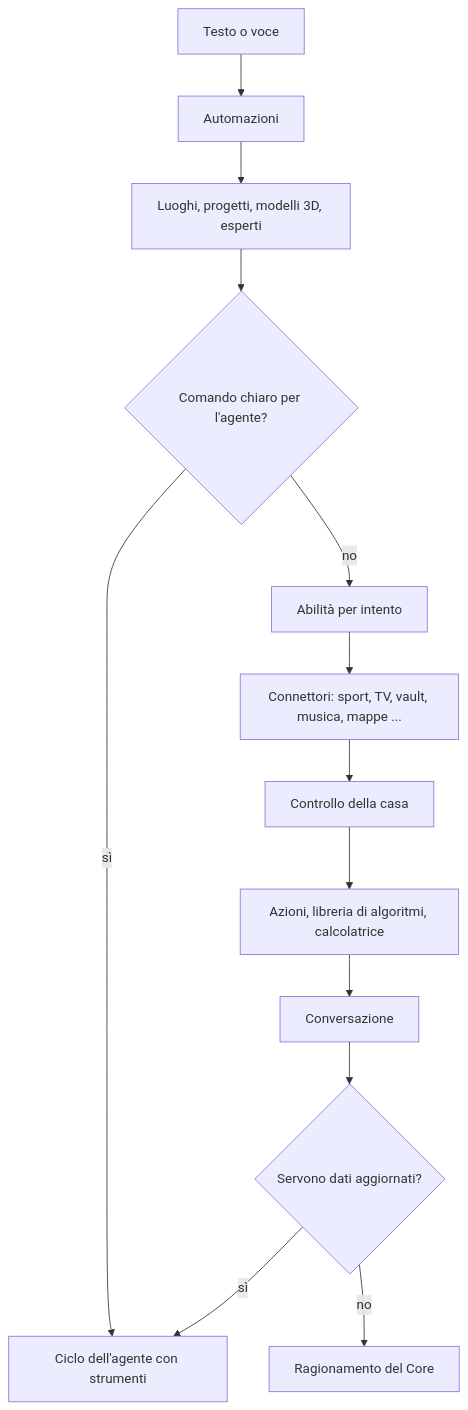
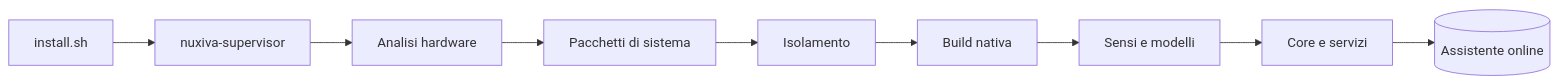
Before and after one commit to AprileNunzio/Nuxiva: the second of 2 diagrams in README_IT.md, drawn with Mermaid. The commit also changed other lines of this file and 3 other files, not shown here.

````diff
--- a/README_IT.md
+++ b/README_IT.md
@@ -165,15 +163,11 @@
 ```mermaid
-flowchart TD
-    T[Testo o voce] --> A1[Automazioni]
-    A1 --> A2[Luoghi, progetti, modelli 3D, esperti]
-    A2 --> A3{Comando chiaro per l'agente?}
-    A3 -- sì --> AG[Ciclo dell'agente con strumenti]
-    A3 -- no --> A4[Abilità per intento]
-    A4 --> A5[Connettori: sport, TV, vault, musica, mappe ...]
-    A5 --> A6[Controllo della casa]
-    A6 --> A7[Azioni, libreria di algoritmi, calcolatrice]
-    A7 --> CV[Conversazione]
-    CV --> G{Servono dati aggiornati?}
-    G -- sì --> AG
-    G -- no --> CORE[Ragionamento del Core]
+flowchart LR
+    A[install.sh] --> B[nuxiva-supervisor]
+    B --> C[Analisi hardware]
+    C --> D[Pacchetti di sistema]
+    D --> E[Isolamento]
+    E --> F[Build nativa]
+    F --> G[Sensi e modelli]
+    G --> H[Core e servizi]
+    H --> I[(Assistente online)]
 ```
````
